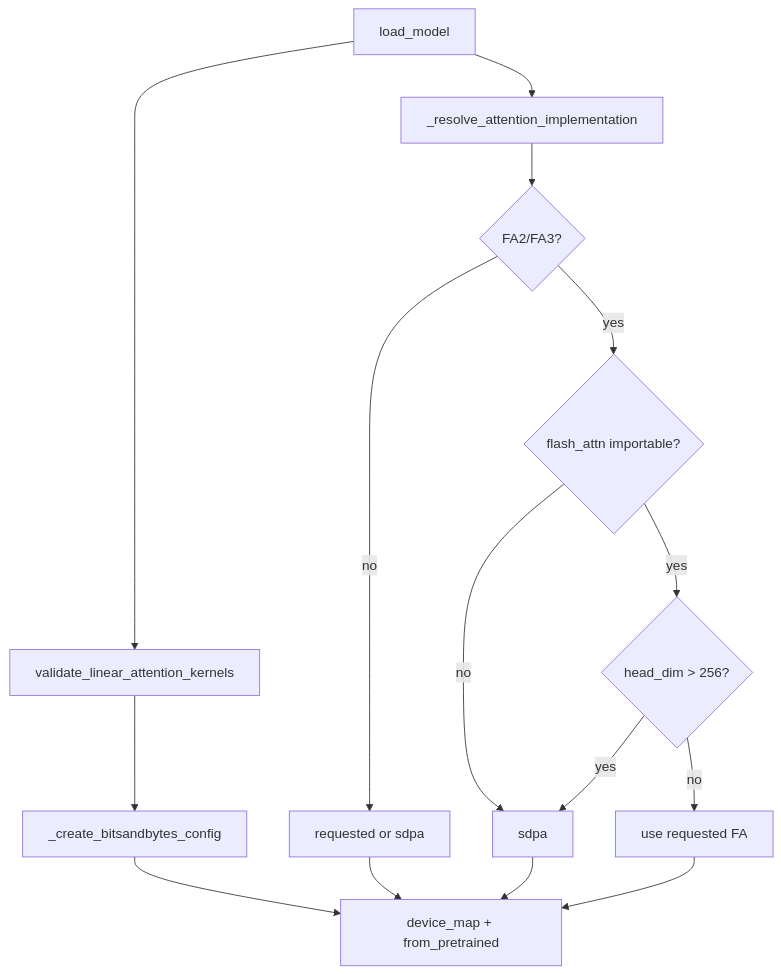
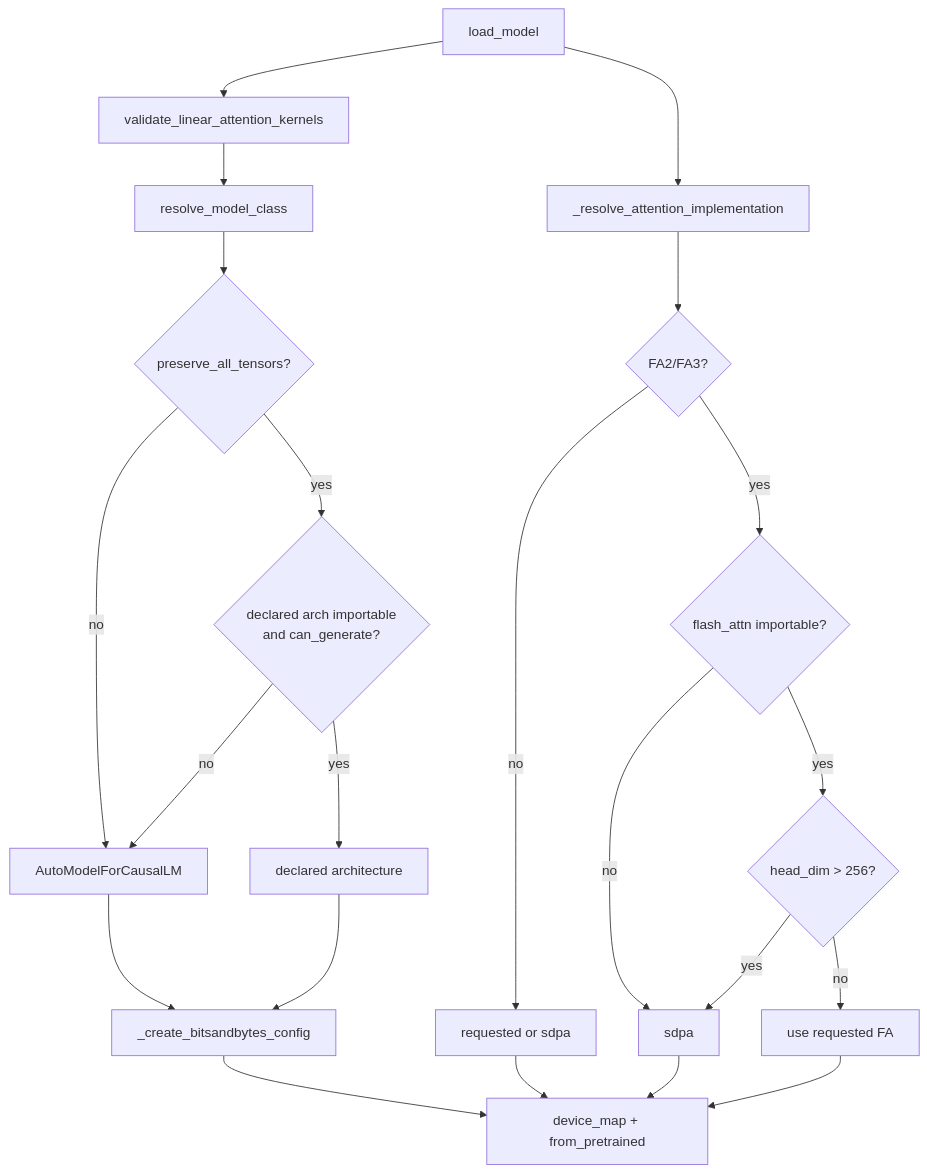
The diagram in docs/codebase_docs/model_setup__documentation.md (Farsalis/ai-factory), drawn with Mermaid before and after one commit. The commit also changed other lines of this file and 16 other files, not shown here.

````diff
--- a/docs/codebase_docs/model_setup__documentation.md
+++ b/docs/codebase_docs/model_setup__documentation.md
@@ -152,17 +164,24 @@
 ```mermaid
 flowchart TD
     A["load_model"] --> V["validate_linear_attention_kernels"]
-    V --> B["_create_bitsandbytes_config"]
+    V --> R["resolve_model_class"]
+    R --> R1{"preserve_all_tensors?"}
+    R1 -- no --> R4["AutoModelForCausalLM"]
+    R1 -- yes --> R2{"declared arch importable<br/>and can_generate?"}
+    R2 -- no --> R4
+    R2 -- yes --> R3["declared architecture"]
+    R3 --> B["_create_bitsandbytes_config"]
+    R4 --> B
     A --> C["_resolve_attention_implementation"]
     C --> C1{"FA2/FA3?"}
     C1 -- no --> C4["requested or sdpa"]
     C1 -- yes --> C2{"flash_attn importable?"}
     C2 -- no --> C3["sdpa"]
     C2 -- yes --> C5{"head_dim > 256?"}
     C5 -- yes --> C3
     C5 -- no --> C6["use requested FA"]
     B --> D["device_map + from_pretrained"]
     C4 --> D
     C3 --> D
     C6 --> D
 ```
````
